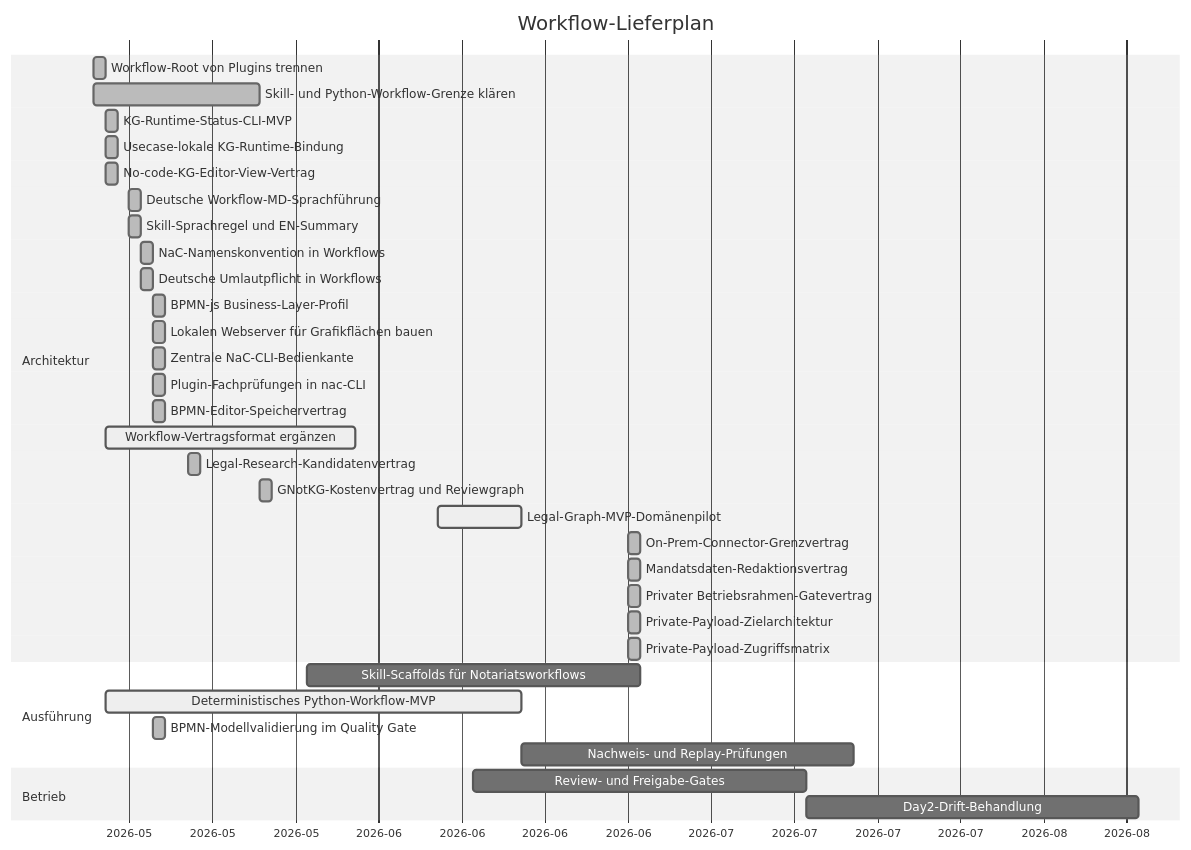
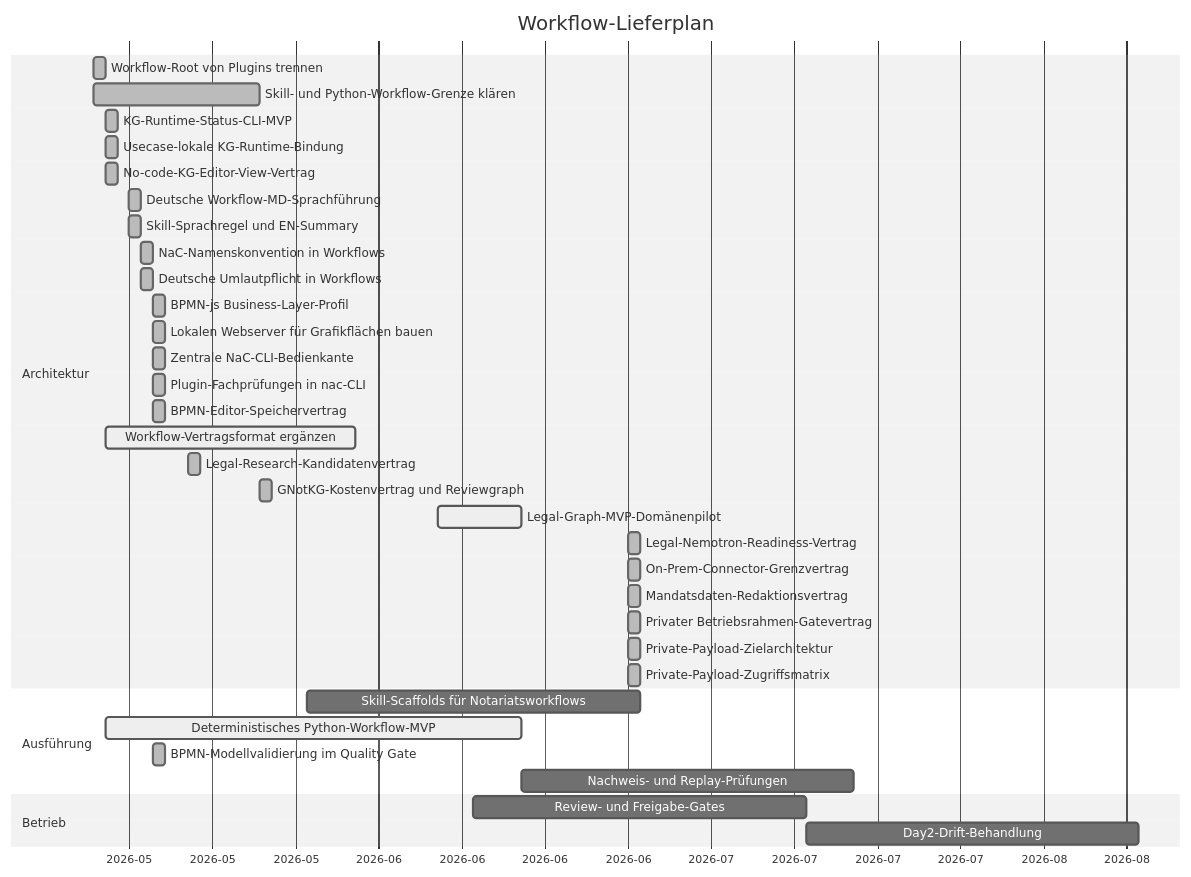
Before and after one commit to notariat8/NaC: the diagram in workflows/GANTT.md, drawn with Mermaid (neutral theme). The commit also changed other lines of this file and 13 other files, not shown here.

Commit message:
Add legal model customization readiness contract

````diff
--- a/workflows/GANTT.md
+++ b/workflows/GANTT.md
@@ -5,41 +5,42 @@
 ```mermaid
 gantt
     title Workflow-Lieferplan
     dateFormat  YYYY-MM-DD
     axisFormat  %Y-%m
 
     section Architektur
     Workflow-Root von Plugins trennen          :done,   w1, 2026-05-14, 1d
     Skill- und Python-Workflow-Grenze klären  :done,   w2, 2026-05-14, 14d
     KG-Runtime-Status-CLI-MVP                  :done,   w3, 2026-05-15, 1d
     Usecase-lokale KG-Runtime-Bindung          :done,   w3a, 2026-05-15, 1d
     No-code-KG-Editor-View-Vertrag             :done,   w4a, 2026-05-15, 1d
     Deutsche Workflow-MD-Sprachführung        :done,   w4b, 2026-05-17, 1d
     Skill-Sprachregel und EN-Summary            :done,   w4c, 2026-05-17, 1d
     NaC-Namenskonvention in Workflows           :done,   w4d, 2026-05-18, 1d
     Deutsche Umlautpflicht in Workflows         :done,   w4e, 2026-05-18, 1d
     BPMN-js Business-Layer-Profil               :done,   w4f, 2026-05-19, 1d
     Lokalen Webserver für Grafikflächen bauen  :done,   w4g, 2026-05-19, 1d
     Zentrale NaC-CLI-Bedienkante                :done,   w4h, 2026-05-19, 1d
     Plugin-Fachprüfungen in nac-CLI             :done,   w4i, 2026-05-19, 1d
     BPMN-Editor-Speichervertrag                 :done,   w4j, 2026-05-19, 1d
     Workflow-Vertragsformat ergänzen          :active, w4, 2026-05-15, 21d
     Legal-Research-Kandidatenvertrag           :done,   w4k, 2026-05-22, 1d
     GNotKG-Kostenvertrag und Reviewgraph        :done,   w4l, 2026-05-28, 1d
     Legal-Graph-MVP-Domänenpilot              :active, w4m, 2026-06-12, 7d
+    Legal-Nemotron-Readiness-Vertrag            :done,   w4s, 2026-06-28, 1d
     On-Prem-Connector-Grenzvertrag            :done,   w4n, 2026-06-28, 1d
     Mandatsdaten-Redaktionsvertrag             :done,   w4o, 2026-06-28, 1d
     Privater Betriebsrahmen-Gatevertrag        :done,   w4p, 2026-06-28, 1d
     Private-Payload-Zielarchitektur            :done,   w4q, 2026-06-28, 1d
     Private-Payload-Zugriffsmatrix             :done,   w4r, 2026-06-28, 1d
 
     section Ausführung
     Skill-Scaffolds für Notariatsworkflows    :        w5, 2026-06-01, 28d
     Deterministisches Python-Workflow-MVP      :active, w6, 2026-05-15, 35d
     BPMN-Modellvalidierung im Quality Gate      :done,   w6a, 2026-05-19, 1d
     Nachweis- und Replay-Prüfungen            :        w7, after w6, 28d
 
     section Betrieb
     Review- und Freigabe-Gates                 :        w8, 2026-06-15, 28d
     Day2-Drift-Behandlung                      :        w9, after w8, 28d
 ```
````
